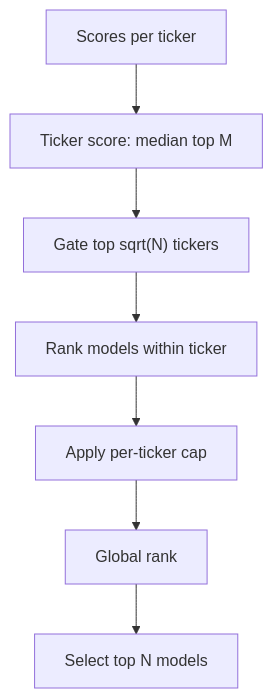
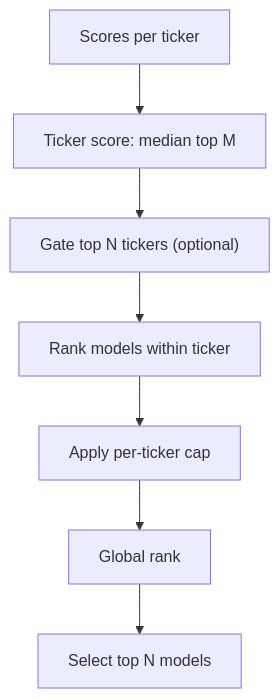
The third of 3 diagrams in META_MODEL_GUIDE.md (kayvonavishan/algo-meta-model-agent), drawn with Mermaid before and after one commit. The commit also changed other lines of this file and 13 other files, not shown here.

````diff
--- a/META_MODEL_GUIDE.md
+++ b/META_MODEL_GUIDE.md
@@ -655,9 +655,9 @@
 ```mermaid
 graph TD
     S["Scores per ticker"] --> TG["Ticker score: median top M"]
-    TG --> GT["Gate top sqrt(N) tickers"]
+    TG --> GT["Gate top N tickers (optional)"]
     GT --> RT["Rank models within ticker"]
     RT --> CAP["Apply per-ticker cap"]
     CAP --> GL["Global rank"]
     GL --> SEL["Select top N models"]
 ```
````
